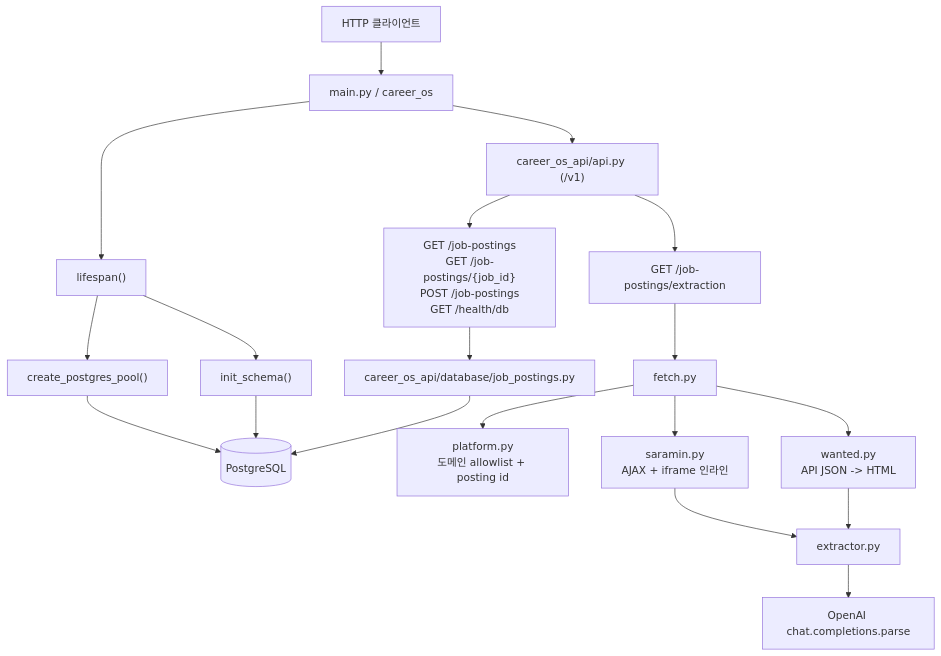
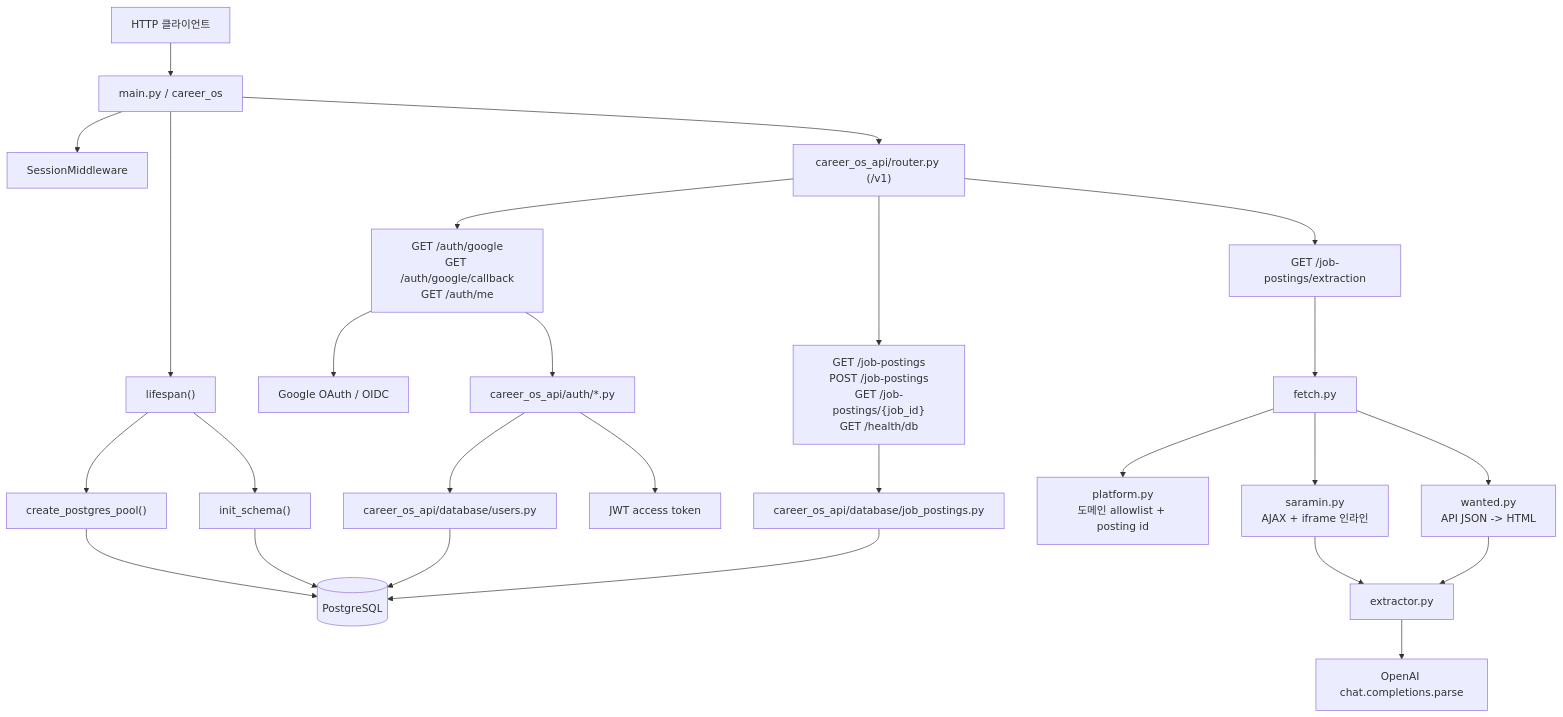
Before and after one commit to dongju93/career-os: the diagram in README.md, drawn with Mermaid. The commit also changed other lines of this file, not shown here.

````diff
--- a/README.md
+++ b/README.md
@@ -69,24 +72,32 @@
 ```mermaid
 graph TD
     Client["HTTP 클라이언트"] --> App["main.py / career_os"]
     App --> Lifespan["lifespan()"]
     Lifespan --> Pool["create_postgres_pool()"]
-    Lifespan --> Schema["init_schema()"]
+    Lifespan --> DDL["init_schema()"]
+    App --> Session["SessionMiddleware"]
     Pool --> Postgres[(PostgreSQL)]
-    Schema --> Postgres
+    DDL --> Postgres
 
-    App --> Router["career_os_api/api.py (/v1)"]
+    App --> Router["career_os_api/router.py (/v1)"]
 
-    Router --> QueryRoutes["GET /job-postings<br/>GET /job-postings/{job_id}<br/>POST /job-postings<br/>GET /health/db"]
-    QueryRoutes --> Repo["career_os_api/database/job_postings.py"]
-    Repo --> Postgres
+    Router --> AuthRoutes["GET /auth/google<br/>GET /auth/google/callback<br/>GET /auth/me"]
+    AuthRoutes --> Google["Google OAuth / OIDC"]
+    AuthRoutes --> AuthDeps["career_os_api/auth/*.py"]
+    AuthDeps --> UsersRepo["career_os_api/database/users.py"]
+    UsersRepo --> Postgres
+    AuthDeps --> JWT["JWT access token"]
+
+    Router --> PostingRoutes["GET /job-postings<br/>POST /job-postings<br/>GET /job-postings/{job_id}<br/>GET /health/db"]
+    PostingRoutes --> PostingRepo["career_os_api/database/job_postings.py"]
+    PostingRepo --> Postgres
 
     Router --> ExtractionRoute["GET /job-postings/extraction"]
     ExtractionRoute --> Fetch["fetch.py"]
     Fetch --> Platform["platform.py<br/>도메인 allowlist + posting id"]
     Fetch --> Saramin["saramin.py<br/>AJAX + iframe 인라인"]
     Fetch --> Wanted["wanted.py<br/>API JSON -> HTML"]
     Saramin --> Extractor["extractor.py"]
     Wanted --> Extractor
     Extractor --> OpenAI["OpenAI chat.completions.parse"]
 ```
````
